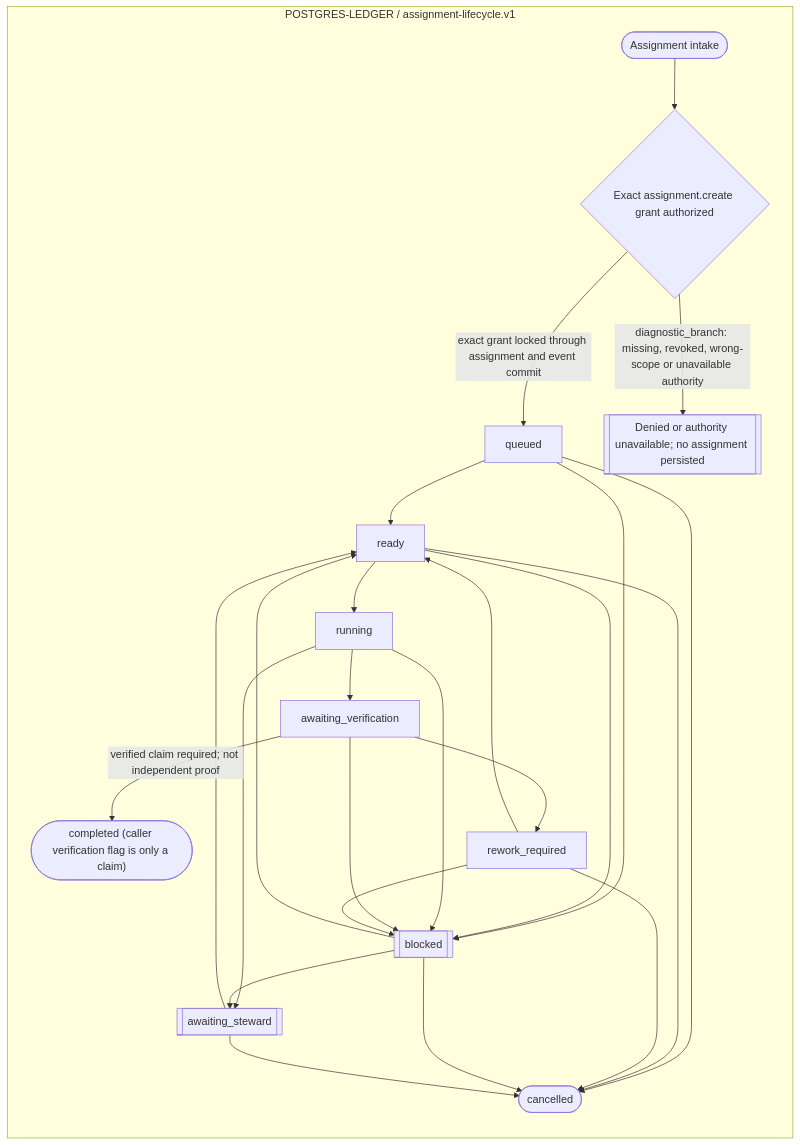
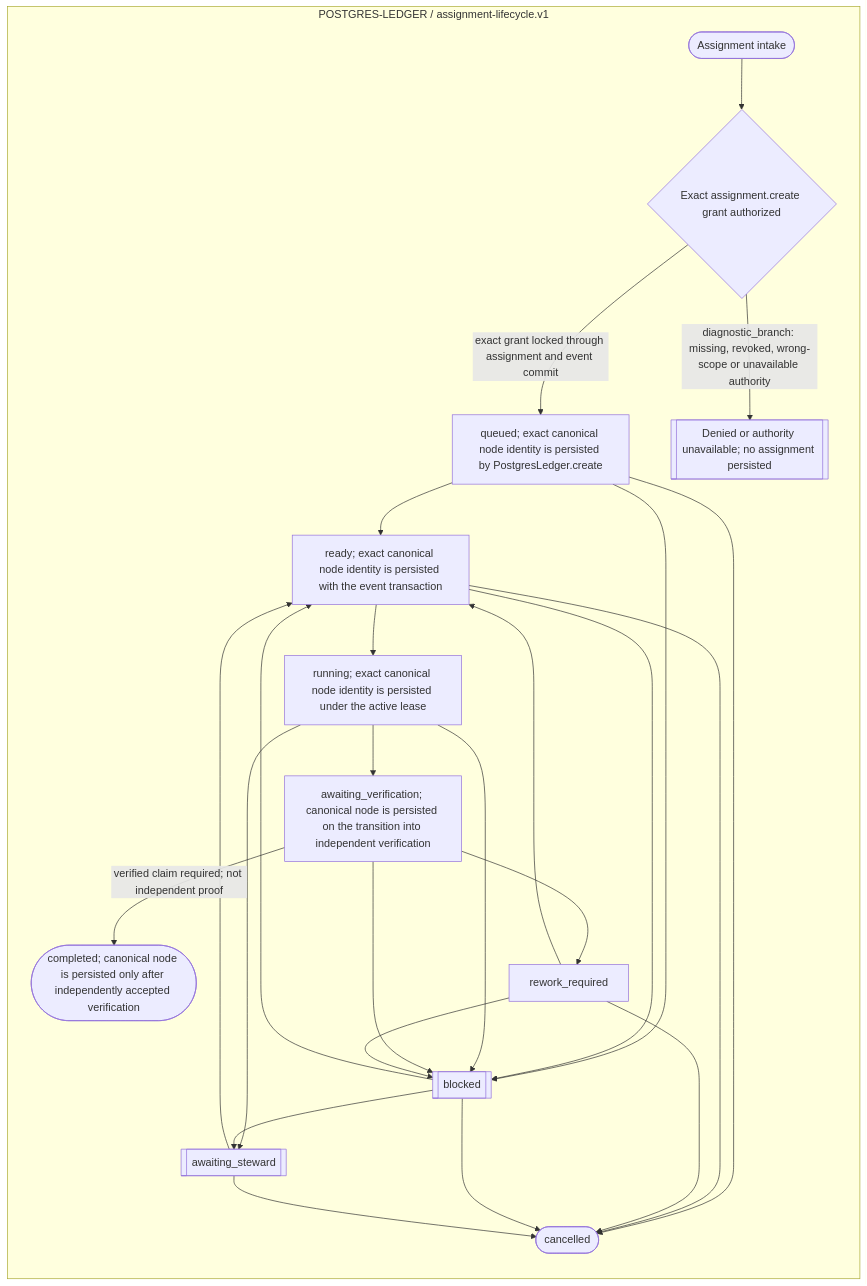
One commit to ppow1/Riverview- changed the second of 2 diagrams in docs/components/POSTGRES_LEDGER_FLOW.md. Above: the diagram before and after it, drawn with Mermaid. The commit also changed other lines of this file and 27 other files, not shown here.

````diff
--- a/docs/components/POSTGRES_LEDGER_FLOW.md
+++ b/docs/components/POSTGRES_LEDGER_FLOW.md
@@ -78,41 +78,41 @@
 ```mermaid
 flowchart LR
   subgraph g_rv_postgres_ledger_assignment_lifecycle["POSTGRES-LEDGER / assignment-lifecycle.v1"]
     g_rv_postgres_ledger_assignment_lifecycle_intake_c1d0abf1(["Assignment intake"])
     g_rv_postgres_ledger_assignment_lifecycle_assignment_create_authority_6a12b540{"Exact assignment.create grant authorized"}
     g_rv_postgres_ledger_assignment_lifecycle_assignment_create_denied_313388c8[["Denied or authority unavailable; no assignment persisted"]]
-    g_rv_postgres_ledger_assignment_lifecycle_queued_76a5fc02["queued"]
-    g_rv_postgres_ledger_assignment_lifecycle_ready_acdb1cd3["ready"]
-    g_rv_postgres_ledger_assignment_lifecycle_running_f1fef545["running"]
-    g_rv_postgres_ledger_assignment_lifecycle_awaiting_verification_e3cbd8a1["awaiting_verification"]
+    g_rv_postgres_ledger_assignment_lifecycle_queued_76a5fc02["queued; exact canonical node identity is persisted by PostgresLedger.create"]
+    g_rv_postgres_ledger_assignment_lifecycle_ready_acdb1cd3["ready; exact canonical node identity is persisted with the event transaction"]
+    g_rv_postgres_ledger_assignment_lifecycle_running_f1fef545["running; exact canonical node identity is persisted under the active lease"]
+    g_rv_postgres_ledger_assignment_lifecycle_awaiting_verification_e3cbd8a1["awaiting_verification; canonical node is persisted on the transition into independent verification"]
     g_rv_postgres_ledger_assignment_lifecycle_rework_a5e9f864["rework_required"]
     g_rv_postgres_ledger_assignment_lifecycle_blocked_aab5861d[["blocked"]]
     g_rv_postgres_ledger_assignment_lifecycle_awaiting_steward_96976db9[["awaiting_steward"]]
-    g_rv_postgres_ledger_assignment_lifecycle_completed_ce6019ed(["completed (caller verification flag is only a claim)"])
+    g_rv_postgres_ledger_assignment_lifecycle_completed_ce6019ed(["completed; canonical node is persisted only after independently accepted verification"])
     g_rv_postgres_ledger_assignment_lifecycle_cancelled_d91a0270(["cancelled"])
   end
   g_rv_postgres_ledger_assignment_lifecycle_queued_76a5fc02 --> g_rv_postgres_ledger_assignment_lifecycle_ready_acdb1cd3
   g_rv_postgres_ledger_assignment_lifecycle_queued_76a5fc02 --> g_rv_postgres_ledger_assignment_lifecycle_blocked_aab5861d
   g_rv_postgres_ledger_assignment_lifecycle_queued_76a5fc02 --> g_rv_postgres_ledger_assignment_lifecycle_cancelled_d91a0270
   g_rv_postgres_ledger_assignment_lifecycle_ready_acdb1cd3 --> g_rv_postgres_ledger_assignment_lifecycle_running_f1fef545
   g_rv_postgres_ledger_assignment_lifecycle_ready_acdb1cd3 --> g_rv_postgres_ledger_assignment_lifecycle_blocked_aab5861d
   g_rv_postgres_ledger_assignment_lifecycle_ready_acdb1cd3 --> g_rv_postgres_ledger_assignment_lifecycle_cancelled_d91a0270
   g_rv_postgres_ledger_assignment_lifecycle_running_f1fef545 --> g_rv_postgres_ledger_assignment_lifecycle_awaiting_verification_e3cbd8a1
   g_rv_postgres_ledger_assignment_lifecycle_running_f1fef545 --> g_rv_postgres_ledger_assignment_lifecycle_blocked_aab5861d
   g_rv_postgres_ledger_assignment_lifecycle_running_f1fef545 --> g_rv_postgres_ledger_assignment_lifecycle_awaiting_steward_96976db9
   g_rv_postgres_ledger_assignment_lifecycle_awaiting_verification_e3cbd8a1 -->|verified claim required; not independent proof| g_rv_postgres_ledger_assignment_lifecycle_completed_ce6019ed
   g_rv_postgres_ledger_assignment_lifecycle_awaiting_verification_e3cbd8a1 --> g_rv_postgres_ledger_assignment_lifecycle_rework_a5e9f864
   g_rv_postgres_ledger_assignment_lifecycle_awaiting_verification_e3cbd8a1 --> g_rv_postgres_ledger_assignment_lifecycle_blocked_aab5861d
   g_rv_postgres_ledger_assignment_lifecycle_rework_a5e9f864 --> g_rv_postgres_ledger_assignment_lifecycle_ready_acdb1cd3
   g_rv_postgres_ledger_assignment_lifecycle_rework_a5e9f864 --> g_rv_postgres_ledger_assignment_lifecycle_blocked_aab5861d
   g_rv_postgres_ledger_assignment_lifecycle_rework_a5e9f864 --> g_rv_postgres_ledger_assignment_lifecycle_cancelled_d91a0270
   g_rv_postgres_ledger_assignment_lifecycle_blocked_aab5861d --> g_rv_postgres_ledger_assignment_lifecycle_ready_acdb1cd3
   g_rv_postgres_ledger_assignment_lifecycle_blocked_aab5861d --> g_rv_postgres_ledger_assignment_lifecycle_cancelled_d91a0270
   g_rv_postgres_ledger_assignment_lifecycle_blocked_aab5861d --> g_rv_postgres_ledger_assignment_lifecycle_awaiting_steward_96976db9
   g_rv_postgres_ledger_assignment_lifecycle_awaiting_steward_96976db9 --> g_rv_postgres_ledger_assignment_lifecycle_ready_acdb1cd3
   g_rv_postgres_ledger_assignment_lifecycle_awaiting_steward_96976db9 --> g_rv_postgres_ledger_assignment_lifecycle_cancelled_d91a0270
   g_rv_postgres_ledger_assignment_lifecycle_intake_c1d0abf1 --> g_rv_postgres_ledger_assignment_lifecycle_assignment_create_authority_6a12b540
   g_rv_postgres_ledger_assignment_lifecycle_assignment_create_authority_6a12b540 -->|exact grant locked through assignment and event commit| g_rv_postgres_ledger_assignment_lifecycle_queued_76a5fc02
   g_rv_postgres_ledger_assignment_lifecycle_assignment_create_authority_6a12b540 -->|diagnostic_branch: missing, revoked, wrong-scope or unavailable authority| g_rv_postgres_ledger_assignment_lifecycle_assignment_create_denied_313388c8
   classDef failure fill:#fee,stroke:#b00,stroke-width:2px
 ```
````
